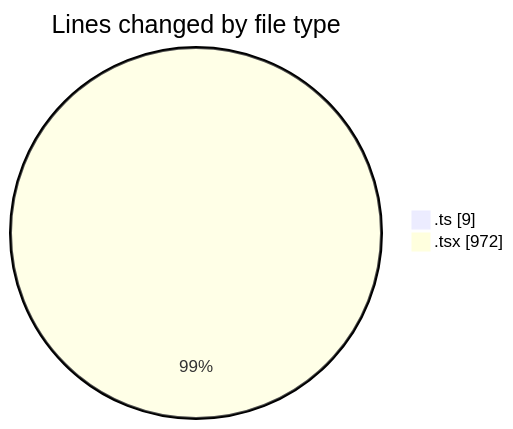
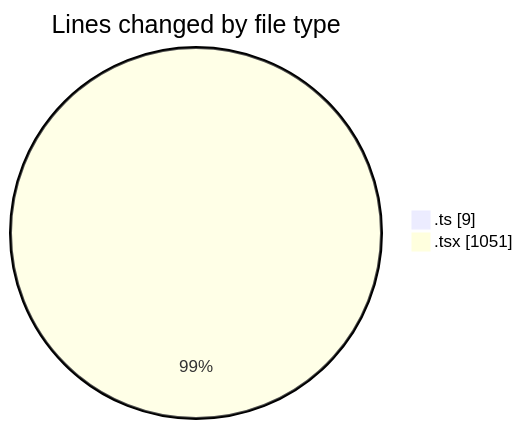
Before and after one commit to momahboobian/code-tracking: the first of 2 diagrams in 2025-07-01/cda/README.md, drawn with Mermaid. The commit also changed other lines of this file and 1 other file, not shown here.

````diff
--- a/2025-07-01/cda/README.md
+++ b/2025-07-01/cda/README.md
@@ -24,6 +24,6 @@
 ```mermaid
 pie showData
 title Lines changed by file type
 ".ts" : 9
-".tsx" : 972
+".tsx" : 1051
 ```
````
